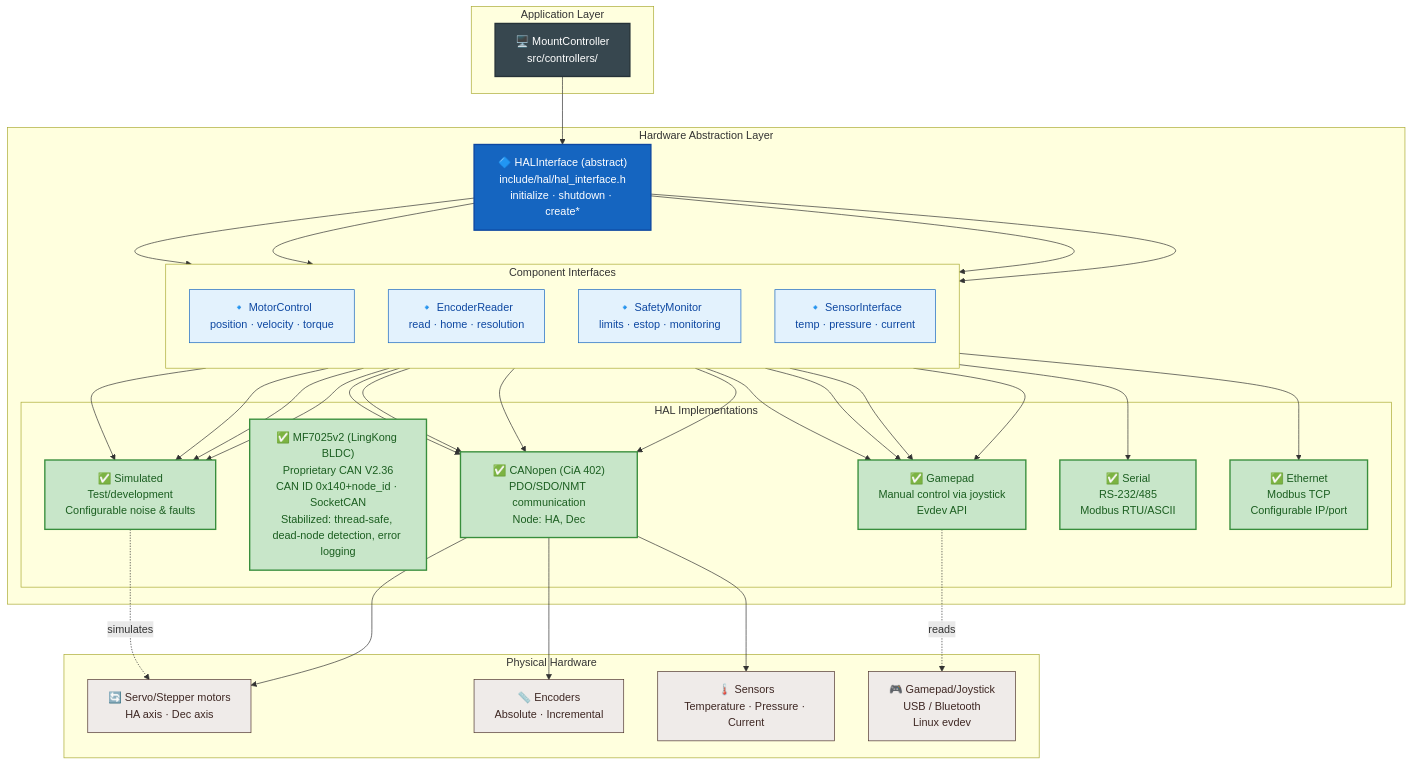
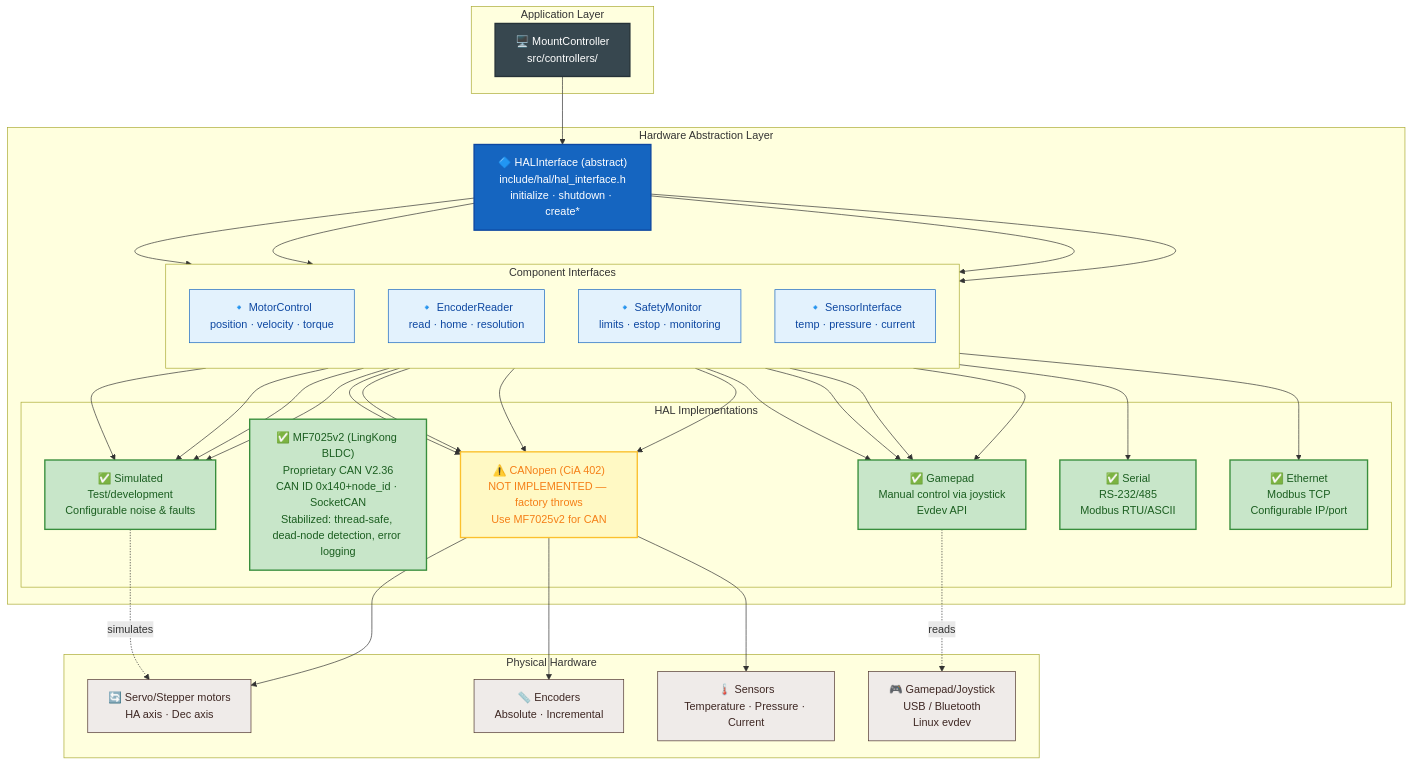
The first of 4 diagrams in docs/en/hal_layer.md (pielaszkiewicz-jacek/astro_mount_control), drawn with Mermaid before and after one commit. The commit also changed other lines of this file and 156 other files, not shown here.

````diff
--- a/docs/en/hal_layer.md
+++ b/docs/en/hal_layer.md
@@ -9,57 +9,57 @@
 ```mermaid
 flowchart TB
     %% Styles
     classDef controller fill:#37474f,stroke:#263238,color:#ffffff,stroke-width:2px
     classDef interface fill:#1565c0,stroke:#0d47a1,color:#ffffff,stroke-width:2px
     classDef component fill:#e3f2fd,stroke:#1565c0,stroke-width:1px,color:#0d47a1
     classDef impl fill:#e8f5e9,stroke:#388e3c,stroke-width:2px,color:#1b5e20
     classDef done fill:#c8e6c9,stroke:#388e3c,stroke-width:2px,color:#1b5e20
     classDef planned fill:#fff9c4,stroke:#fbc02d,stroke-width:2px,color:#f57f17
     classDef hw fill:#efebe9,stroke:#4e342e,stroke-width:1px,color:#3e2723
 
     subgraph APP["Application Layer"]
         MC["🖥️ MountController<br/>src/controllers/"]:::controller
     end
 
     subgraph HAL["Hardware Abstraction Layer"]
         HAL_IF["🔷 HALInterface (abstract)<br/>include/hal/hal_interface.h<br/>initialize · shutdown · create*"]:::interface
 
         subgraph COMP["Component Interfaces"]
             direction TB
             MOTOR["🔹 MotorControl<br/>position · velocity · torque"]:::component
             ENC["🔹 EncoderReader<br/>read · home · resolution"]:::component
             SAFE["🔹 SafetyMonitor<br/>limits · estop · monitoring"]:::component
             SENS["🔹 SensorInterface<br/>temp · pressure · current"]:::component
         end
 
         subgraph IMPL["HAL Implementations"]
-            CAN_IMPL["✅ CANopen (CiA 402)<br/>PDO/SDO/NMT communication<br/>Node: HA, Dec"]:::done
+            CAN_IMPL["⚠️ CANopen (CiA 402)<br/>NOT IMPLEMENTED — factory throws<br/>Use MF7025v2 for CAN"]:::planned
             MF_IMPL["✅ MF7025v2 (LingKong BLDC)<br/>Proprietary CAN V2.36<br/>CAN ID 0x140+node_id · SocketCAN<br/>Stabilized: thread-safe, dead-node detection, error logging"]:::done
             SIM_IMPL["✅ Simulated<br/>Test/development<br/>Configurable noise & faults"]:::done
             GAM_IMPL["✅ Gamepad<br/>Manual control via joystick<br/>Evdev API"]:::done
             SER_IMPL["✅ Serial<br/>RS-232/485<br/>Modbus RTU/ASCII"]:::done
             ETH_IMPL["✅ Ethernet<br/>Modbus TCP<br/>Configurable IP/port"]:::done
         end
 
         HAL_IF --> MOTOR
         HAL_IF --> ENC
         HAL_IF --> SAFE
         HAL_IF --> SENS
         MOTOR --> CAN_IMPL & SIM_IMPL & GAM_IMPL & SER_IMPL & ETH_IMPL
         ENC --> CAN_IMPL & SIM_IMPL & GAM_IMPL
         SAFE --> CAN_IMPL & SIM_IMPL & GAM_IMPL
         SENS --> CAN_IMPL & SIM_IMPL & GAM_IMPL
     end
 
     subgraph HW["Physical Hardware"]
         MOT_HW["🔄 Servo/Stepper motors<br/>HA axis · Dec axis"]:::hw
         ENC_HW["📏 Encoders<br/>Absolute · Incremental"]:::hw
         SENS_HW["🌡️ Sensors<br/>Temperature · Pressure · Current"]:::hw
         GAM_HW["🎮 Gamepad/Joystick<br/>USB / Bluetooth<br/>Linux evdev"]:::hw
     end
 
     MC --> HAL_IF
     CAN_IMPL --> MOT_HW & ENC_HW & SENS_HW
     SIM_IMPL -.->|simulates| MOT_HW
     GAM_IMPL -.->|reads| GAM_HW
 ```
````
